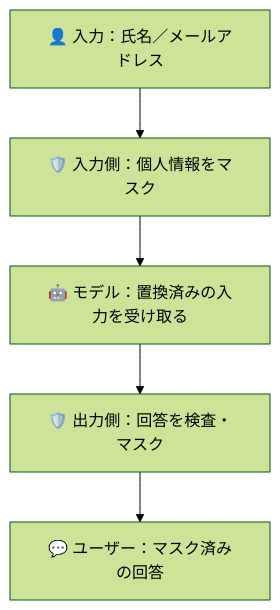
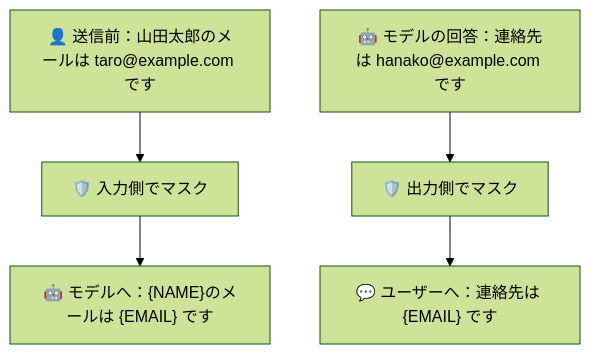
One commit to kkoch5t2/zenn-contents changed the second of 2 diagrams in articles/bedrock-guardrails-pii-logging.md. Above: the diagram before and after it, drawn with Mermaid (forest theme).

Commit message:
Show concrete before and after masking examples

````diff
--- a/articles/bedrock-guardrails-pii-logging.md
+++ b/articles/bedrock-guardrails-pii-logging.md
@@ -53,7 +53,7 @@
 ```mermaid
 flowchart TD
-    I["👤 入力：氏名／メールアドレス"] --> G1["🛡️ 入力側：個人情報をマスク"]
-    G1 --> M["🤖 モデル：置換済みの入力を受け取る"]
-    M --> G2["🛡️ 出力側：回答を検査・マスク"]
-    G2 --> U["💬 ユーザー：マスク済みの回答"]
+    I1["👤 送信前：山田太郎のメールは taro@example.com です"] --> G1["🛡️ 入力側でマスク"]
+    G1 --> I2["🤖 モデルへ：{NAME}のメールは {EMAIL} です"]
+    O1["🤖 モデルの回答：連絡先は hanako@example.com です"] --> G2["🛡️ 出力側でマスク"]
+    G2 --> O2["💬 ユーザーへ：連絡先は {EMAIL} です"]
 ```
````
